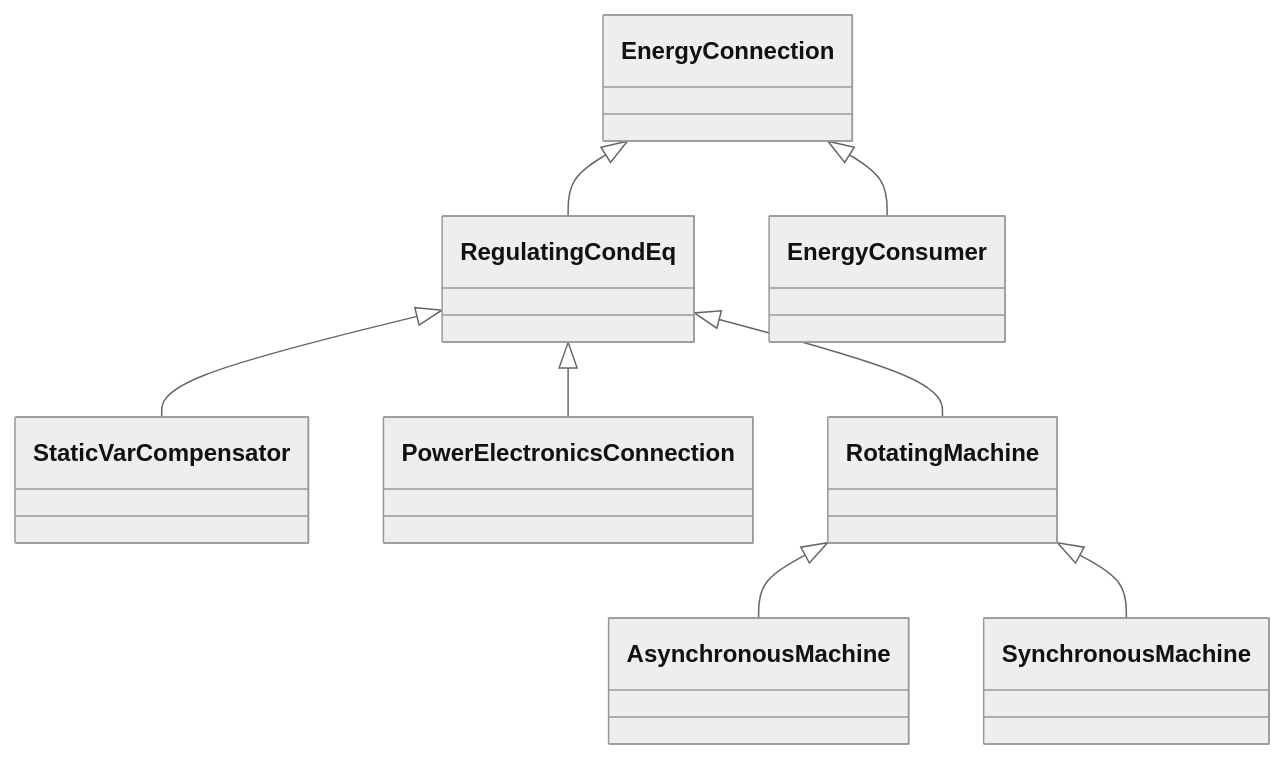
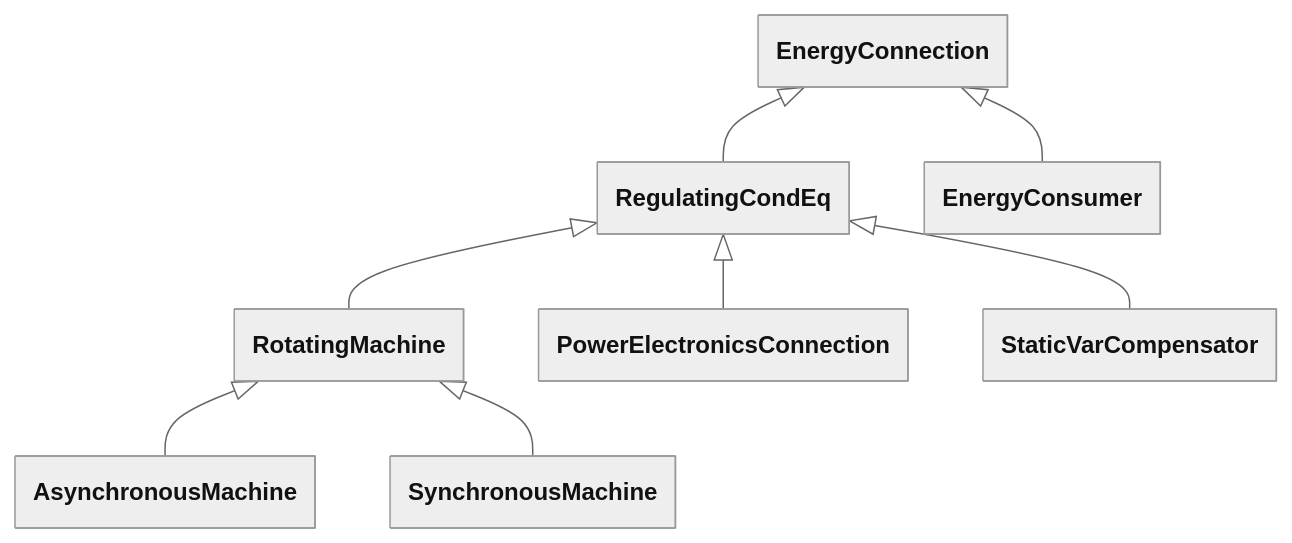
One commit to cim-cgmes/cim-cgmes.github.io changed the diagram in pages/docs/Profiles/Package_Wires.md. Above: the diagram before and after it, drawn with Mermaid (neutral theme). The commit also changed 561 other files, not shown here.

````diff
--- a/pages/docs/Profiles/Package_Wires.md
+++ b/pages/docs/Profiles/Package_Wires.md
@@ -5,10 +5,15 @@
 ```mermaid
+---
+  config:
+    class:
+      hideEmptyMembersBox: true
+---
 classDiagram
-    RegulatingCondEq <|-- StaticVarCompensator
-    RegulatingCondEq <|-- PowerElectronicsConnection
-    EnergyConnection <|-- RegulatingCondEq
-    EnergyConnection <|-- EnergyConsumer
+    RegulatingCondEq <|-- RotatingMachine
     RotatingMachine <|-- AsynchronousMachine
     RotatingMachine <|-- SynchronousMachine
-    RegulatingCondEq <|-- RotatingMachine
+    EnergyConnection <|-- EnergyConsumer
+    RegulatingCondEq <|-- PowerElectronicsConnection
+    RegulatingCondEq <|-- StaticVarCompensator
+    EnergyConnection <|-- RegulatingCondEq
 ```
````
